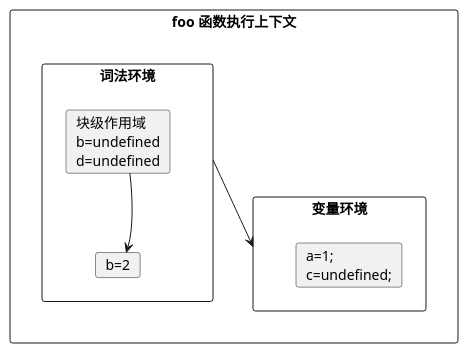
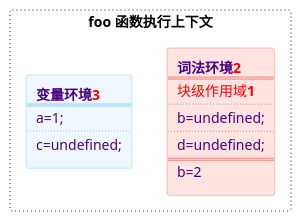
One commit to HelenZhangLP/blog changed the seventh of 11 diagrams in source/_posts/浏览器工作原理——Javascript执行机制.md. Above: the diagram before and after it, drawn with PlantUML. The commit also changed other lines of this file and 122 other files, not shown here.

```diff
--- a/source/_posts/浏览器工作原理——Javascript执行机制.md
+++ b/source/_posts/浏览器工作原理——Javascript执行机制.md
@@ -355,16 +411,22 @@
 {%plantuml%}
-rectangle fnContext as "foo 函数执行上下文" {
-  rectangle lexicalEnvironment as "词法环境" {
-    card "b=2" as lexical
-    card "块级作用域\nb=undefined\nd=undefined" as lexicalBlock
-    lexicalBlock -[#transparent]-> lexical
-
-    lexicalBlock-->lexical
-  }
-  rectangle variableEnvironment as "变量环境" {
-    card "a=1;\nc=undefined;"
-  }
-
-  lexicalEnvironment --> variableEnvironment
+rectangle fnContext as "foo 函数执行上下文" #line.dotted {
+  rectangle lexicalEnvironment #mistyrose;text:indigo;line:salmon [
+    **词法环境<color:red>2</color>**
+    ====
+    <color:red>块级作用域**1**</color>
+    ....
+    b=undefined;
+    ....
+    d=undefined;
+    ====
+    b=2
+  ]
+  rectangle variableEnvironment #aliceBlue;text:indigo;line:LightSkyBlue [
+    **变量环境<color:red>3</color>**
+    ====
+    a=1;
+    ....
+    c=undefined;
+  ]
 }
 {%endplantuml%}
```
